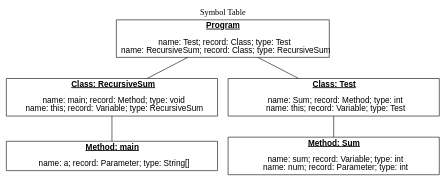
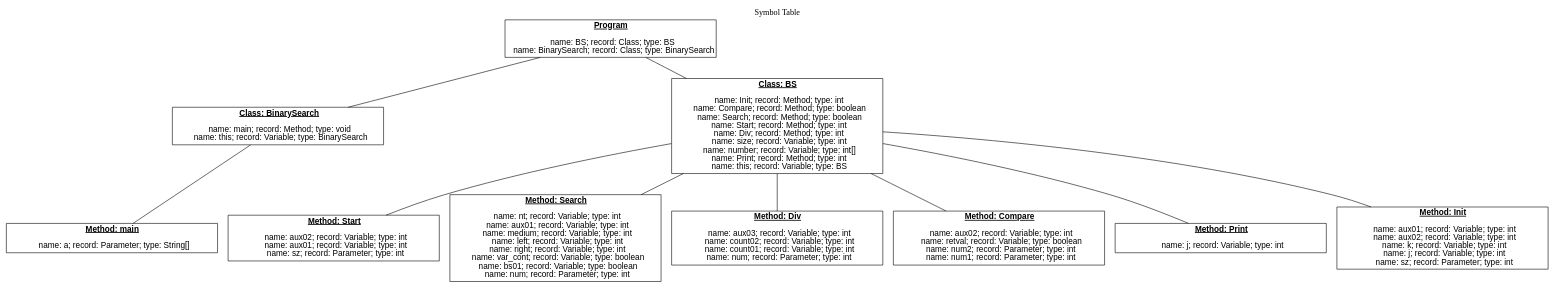
Before and after one commit to alexyhb/Compiler3IR: the diagram in st.dot, drawn with Graphviz. The commit also changed 79 other files, not shown here.

```diff
--- a/st.dot
+++ b/st.dot
@@ -1,30 +1,75 @@
 graph {
 label="Symbol Table";
 labelloc="t";
 
 node [shape=rect, fontname=Arial, width=5];
 
 n0 [label=<<U><B>Program</B></U><BR/><BR/>
-name: Test; record: Class; type: Test<BR/>
-name: RecursiveSum; record: Class; type: RecursiveSum<BR/>
+name: BS; record: Class; type: BS<BR/>
+name: BinarySearch; record: Class; type: BinarySearch<BR/>
 >];
 n0 -- n1;
-n1 [label=<<U><B>Class: RecursiveSum</B></U><BR/><BR/>
+n1 [label=<<U><B>Class: BinarySearch</B></U><BR/><BR/>
 name: main; record: Method; type: void<BR/>
-name: this; record: Variable; type: RecursiveSum<BR/>
+name: this; record: Variable; type: BinarySearch<BR/>
 >];
 n1 -- n2;
 n2 [label=<<U><B>Method: main</B></U><BR/><BR/>
 name: a; record: Parameter; type: String[]<BR/>
 >];
 n0 -- n3;
-n3 [label=<<U><B>Class: Test</B></U><BR/><BR/>
-name: Sum; record: Method; type: int<BR/>
-name: this; record: Variable; type: Test<BR/>
+n3 [label=<<U><B>Class: BS</B></U><BR/><BR/>
+name: Init; record: Method; type: int<BR/>
+name: Compare; record: Method; type: boolean<BR/>
+name: Search; record: Method; type: boolean<BR/>
+name: Start; record: Method; type: int<BR/>
+name: Div; record: Method; type: int<BR/>
+name: size; record: Variable; type: int<BR/>
+name: number; record: Variable; type: int[]<BR/>
+name: Print; record: Method; type: int<BR/>
+name: this; record: Variable; type: BS<BR/>
 >];
 n3 -- n4;
-n4 [label=<<U><B>Method: Sum</B></U><BR/><BR/>
-name: sum; record: Variable; type: int<BR/>
+n4 [label=<<U><B>Method: Start</B></U><BR/><BR/>
+name: aux02; record: Variable; type: int<BR/>
+name: aux01; record: Variable; type: int<BR/>
+name: sz; record: Parameter; type: int<BR/>
+>];
+n3 -- n5;
+n5 [label=<<U><B>Method: Search</B></U><BR/><BR/>
+name: nt; record: Variable; type: int<BR/>
+name: aux01; record: Variable; type: int<BR/>
+name: medium; record: Variable; type: int<BR/>
+name: left; record: Variable; type: int<BR/>
+name: right; record: Variable; type: int<BR/>
+name: var_cont; record: Variable; type: boolean<BR/>
+name: bs01; record: Variable; type: boolean<BR/>
 name: num; record: Parameter; type: int<BR/>
 >];
+n3 -- n6;
+n6 [label=<<U><B>Method: Div</B></U><BR/><BR/>
+name: aux03; record: Variable; type: int<BR/>
+name: count02; record: Variable; type: int<BR/>
+name: count01; record: Variable; type: int<BR/>
+name: num; record: Parameter; type: int<BR/>
+>];
+n3 -- n7;
+n7 [label=<<U><B>Method: Compare</B></U><BR/><BR/>
+name: aux02; record: Variable; type: int<BR/>
+name: retval; record: Variable; type: boolean<BR/>
+name: num2; record: Parameter; type: int<BR/>
+name: num1; record: Parameter; type: int<BR/>
+>];
+n3 -- n8;
+n8 [label=<<U><B>Method: Print</B></U><BR/><BR/>
+name: j; record: Variable; type: int<BR/>
+>];
+n3 -- n9;
+n9 [label=<<U><B>Method: Init</B></U><BR/><BR/>
+name: aux01; record: Variable; type: int<BR/>
+name: aux02; record: Variable; type: int<BR/>
+name: k; record: Variable; type: int<BR/>
+name: j; record: Variable; type: int<BR/>
+name: sz; record: Parameter; type: int<BR/>
+>];
 }
```
